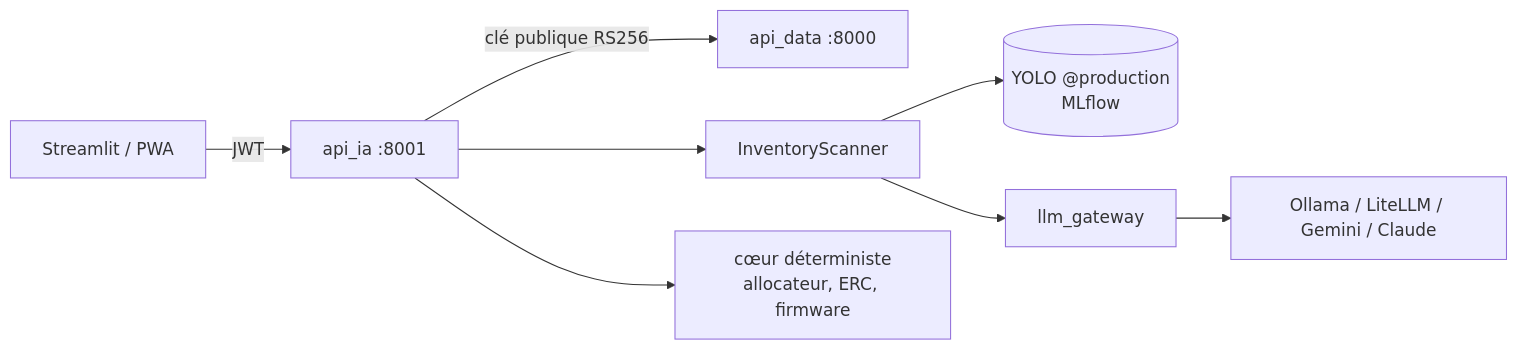
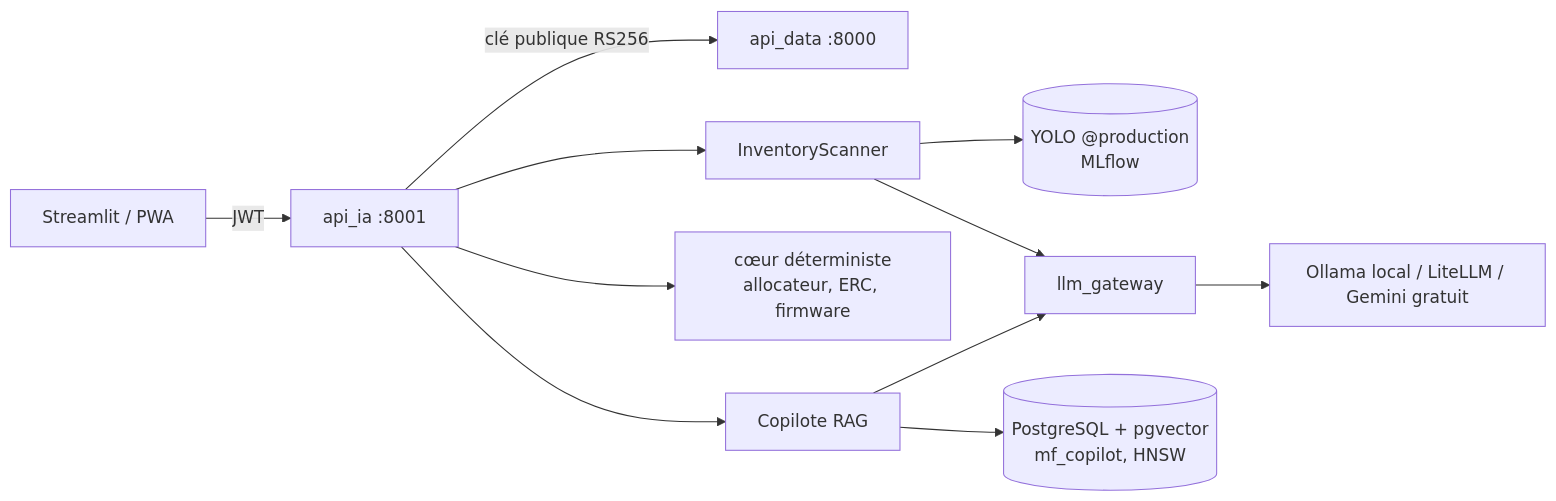
One commit to gprodi/PCO changed the diagram in microforge/docs/E3/api-ia.md. Above: the diagram before and after it, drawn with Mermaid. The commit also changed other lines of this file and 29 other files, not shown here.

````diff
--- a/microforge/docs/E3/api-ia.md
+++ b/microforge/docs/E3/api-ia.md
@@ -6,9 +6,11 @@
 ```mermaid
 flowchart LR
   App[Streamlit / PWA] -- JWT --> IA[api_ia :8001]
   IA -- clé publique RS256 --> Data[api_data :8000]
   IA --> Scanner[InventoryScanner]
   Scanner --> YOLO[(YOLO @production\nMLflow)]
-  Scanner --> GW[llm_gateway] --> LLM[Ollama / LiteLLM / Gemini / Claude]
+  Scanner --> GW[llm_gateway] --> LLM[Ollama local / LiteLLM / Gemini gratuit]
   IA --> Core[cœur déterministe\nallocateur, ERC, firmware]
+  IA --> Cop[Copilote RAG] --> PG[(PostgreSQL + pgvector\nmf_copilot, HNSW)]
+  Cop --> GW
 ```
````
